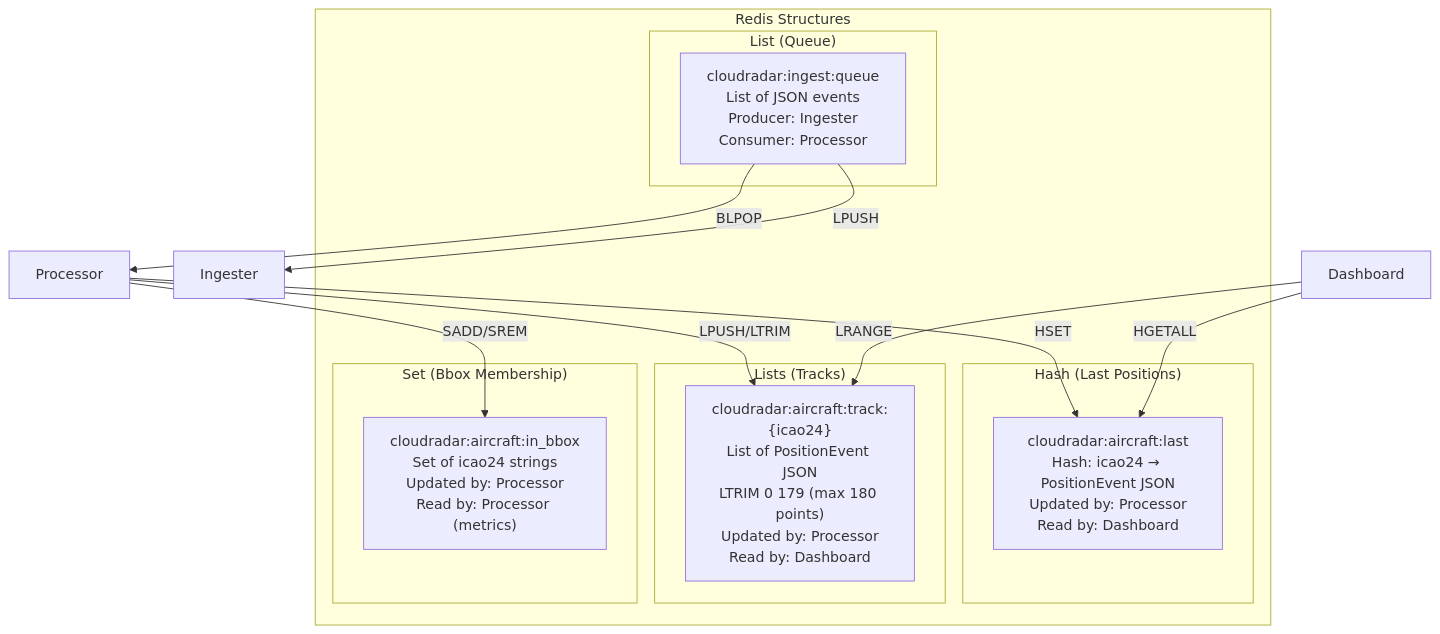
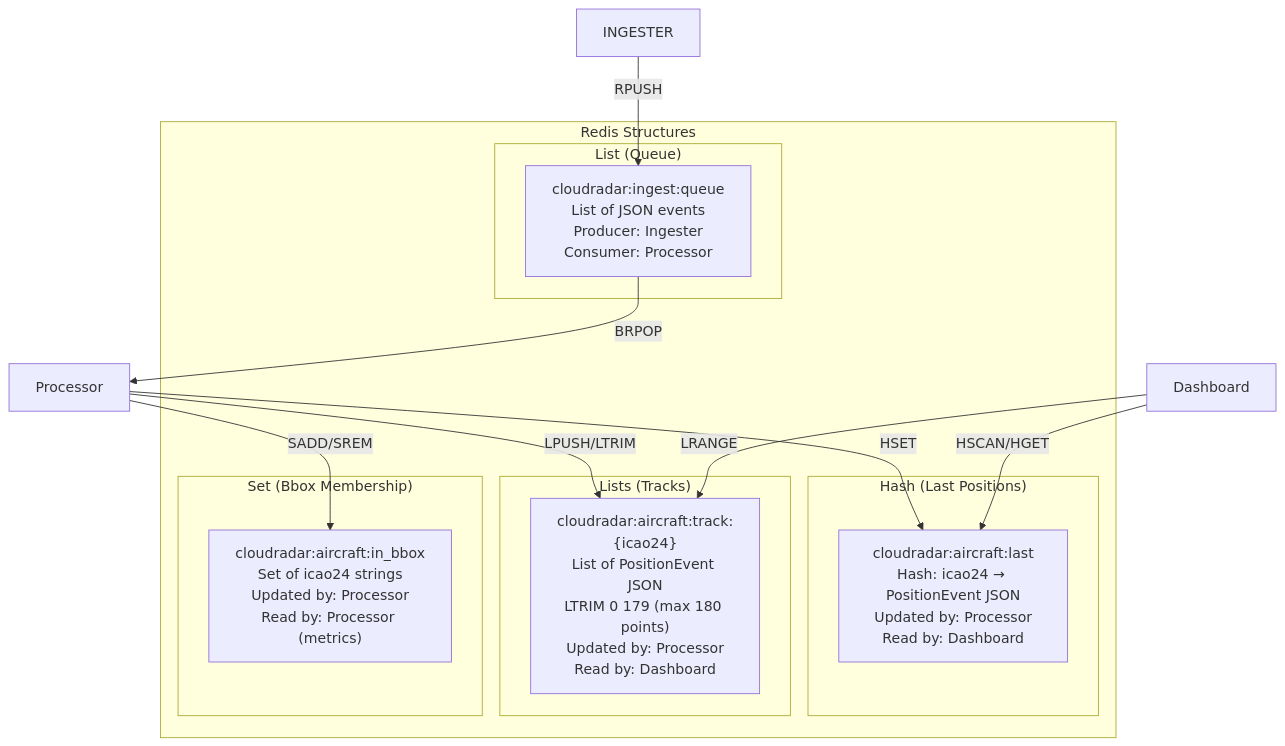
Before and after one commit to ClementV78/CloudRadar: the ninth of 28 diagrams in docs/architecture/technical-architecture-document.md, drawn with Mermaid. The commit also changed other lines of this file and 1 other file, not shown here.

First line of the commit message:
docs(architecture): align technical architecture docs

````diff
--- a/docs/architecture/technical-architecture-document.md
+++ b/docs/architecture/technical-architecture-document.md
@@ -316,28 +326,28 @@
 ```mermaid
 graph TB
     subgraph "Redis Structures"
         subgraph "List (Queue)"
             QUEUE["cloudradar:ingest:queue<br/>List of JSON events<br/>Producer: Ingester<br/>Consumer: Processor"]
         end
 
         subgraph "Hash (Last Positions)"
             LAST["cloudradar:aircraft:last<br/>Hash: icao24 → PositionEvent JSON<br/>Updated by: Processor<br/>Read by: Dashboard"]
         end
 
         subgraph "Lists (Tracks)"
             TRACK["cloudradar:aircraft:track:{icao24}<br/>List of PositionEvent JSON<br/>LTRIM 0 179 (max 180 points)<br/>Updated by: Processor<br/>Read by: Dashboard"]
         end
 
         subgraph "Set (Bbox Membership)"
             BBOX["cloudradar:aircraft:in_bbox<br/>Set of icao24 strings<br/>Updated by: Processor<br/>Read by: Processor (metrics)"]
         end
     end
 
-    QUEUE -->|LPUSH| INGESTER[Ingester]
-    QUEUE -->|BLPOP| PROCESSOR[Processor]
+    INGESTER -->|RPUSH| QUEUE
+    QUEUE -->|BRPOP| PROCESSOR[Processor]
     PROCESSOR -->|HSET| LAST
     PROCESSOR -->|LPUSH/LTRIM| TRACK
     PROCESSOR -->|SADD/SREM| BBOX
-    DASHBOARD[Dashboard] -->|HGETALL| LAST
+    DASHBOARD[Dashboard] -->|HSCAN/HGET| LAST
     DASHBOARD -->|LRANGE| TRACK
 ```
````
